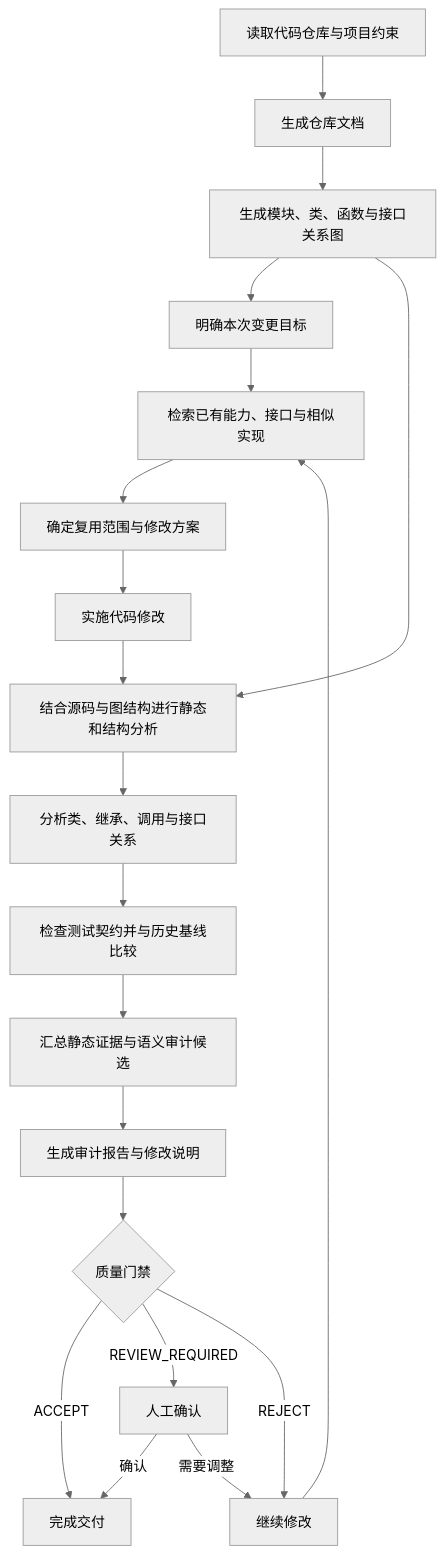
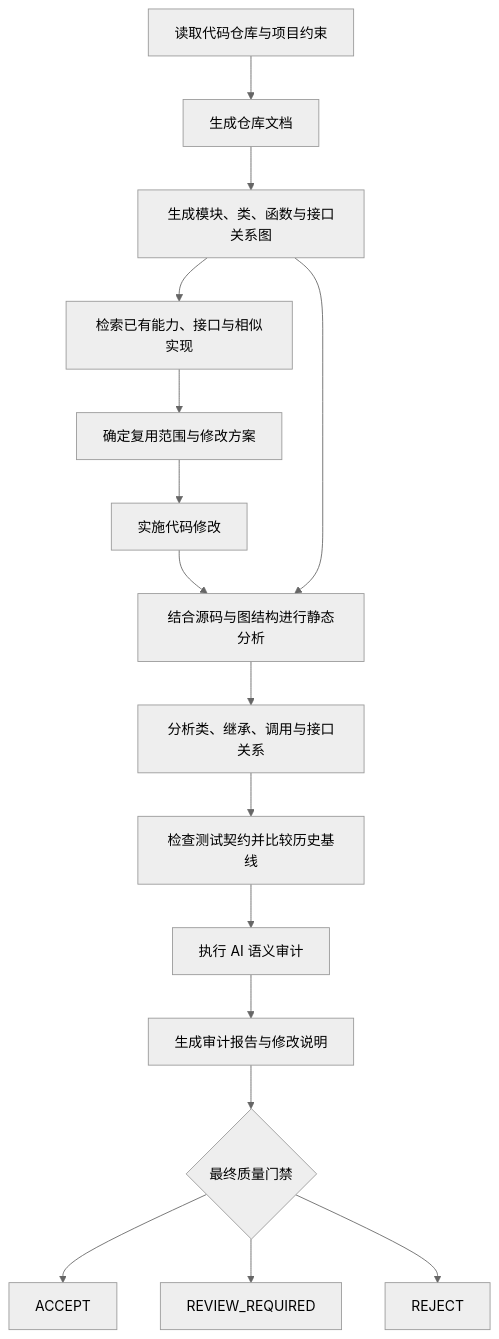
The first of 2 diagrams in README_zh.md (shijunfeng00/repository-quality-guard), drawn with Mermaid (neutral theme) before and after one commit. The commit also changed other lines of this file and 2 other files, not shown here.

````diff
--- a/README_zh.md
+++ b/README_zh.md
@@ -32,30 +47,26 @@
 ```mermaid
 flowchart TD
     A[读取代码仓库与项目约束]
     B[生成仓库文档]
     C[生成模块、类、函数与接口关系图]
-    D[明确本次变更目标]
-    E[检索已有能力、接口与相似实现]
-    F[确定复用范围与修改方案]
-    G[实施代码修改]
-    H[结合源码与图结构进行静态和结构分析]
-    I[分析类、继承、调用与接口关系]
-    J[检查测试契约并与历史基线比较]
-    K[汇总静态证据与语义审计候选]
-    L[生成审计报告与修改说明]
-    M{质量门禁}
-    N[完成交付]
-    O[人工确认]
-    P[继续修改]
+    D[检索已有能力、接口与相似实现]
+    E[确定复用范围与修改方案]
+    F[实施代码修改]
+    G[结合源码与图结构进行静态分析]
+    H[分析类、继承、调用与接口关系]
+    I[检查测试契约并比较历史基线]
+    J[执行 AI 语义审计]
+    K[生成审计报告与修改说明]
+    L{最终质量门禁}
+    M[ACCEPT]
+    N[REVIEW_REQUIRED]
+    O[REJECT]
 
-    A --> B --> C --> D --> E --> F --> G
-    G --> H
-    C --> H
-    H --> I --> J --> K --> L --> M
-    M -->|ACCEPT| N
-    M -->|REVIEW_REQUIRED| O
-    M -->|REJECT| P
-    O -->|确认| N
-    O -->|需要调整| P
-    P --> E
+    A --> B --> C --> D --> E --> F
+    F --> G
+    C --> G
+    G --> H --> I --> J --> K --> L
+    L --> M
+    L --> N
+    L --> O
 ```
````
